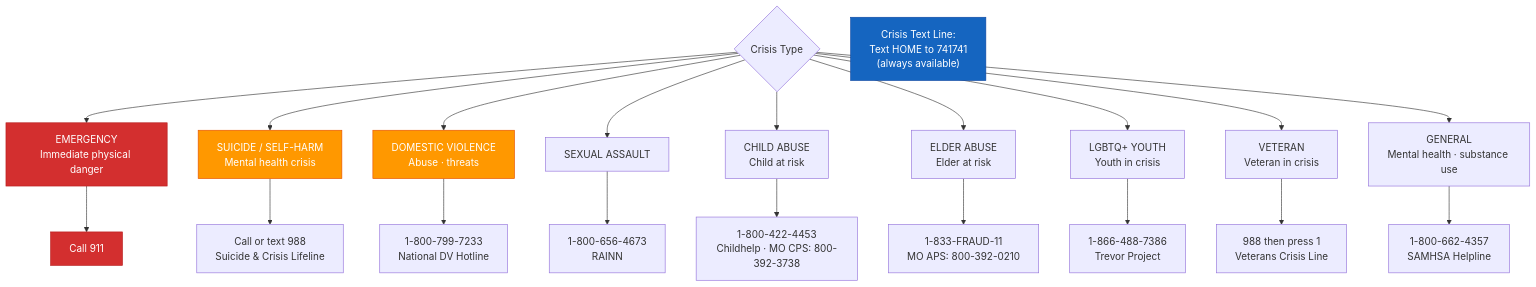
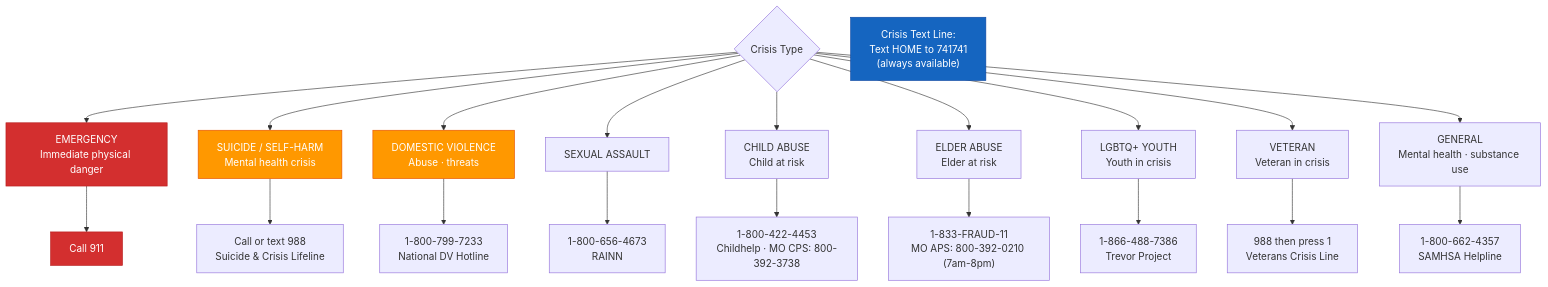
One commit to dougdevitre/access-to-peace changed the diagram in references/crisis-resources.md. Above: the diagram before and after it, drawn with Mermaid. The commit also changed other lines of this file and 21 other files, not shown here.

````diff
--- a/references/crisis-resources.md
+++ b/references/crisis-resources.md
@@ -5,32 +7,32 @@
 ```mermaid
 flowchart TD
     CRISIS{"Crisis Type"}
 
     CRISIS --> EMERGENCY["EMERGENCY\nImmediate physical danger"]
     CRISIS --> SUICIDE["SUICIDE / SELF-HARM\nMental health crisis"]
     CRISIS --> DV["DOMESTIC VIOLENCE\nAbuse · threats"]
     CRISIS --> SA["SEXUAL ASSAULT"]
     CRISIS --> CHILD["CHILD ABUSE\nChild at risk"]
     CRISIS --> ELDER["ELDER ABUSE\nElder at risk"]
     CRISIS --> YOUTH_Q["LGBTQ+ YOUTH\nYouth in crisis"]
     CRISIS --> VET["VETERAN\nVeteran in crisis"]
     CRISIS --> GENERAL["GENERAL\nMental health · substance use"]
 
     EMERGENCY --> E911["Call 911"]
     SUICIDE --> S988["Call or text 988\nSuicide & Crisis Lifeline"]
     DV --> DV_LINE["1-800-799-7233\nNational DV Hotline"]
     SA --> SA_LINE["1-800-656-4673\nRAINN"]
     CHILD --> CHILD_LINE["1-800-422-4453\nChildhelp · MO CPS: 800-392-3738"]
-    ELDER --> ELDER_LINE["1-833-FRAUD-11\nMO APS: 800-392-0210"]
+    ELDER --> ELDER_LINE["1-833-FRAUD-11\nMO APS: 800-392-0210 (7am-8pm)"]
     YOUTH_Q --> TREVOR["1-866-488-7386\nTrevor Project"]
     VET --> VET_LINE["988 then press 1\nVeterans Crisis Line"]
     GENERAL --> SAMHSA["1-800-662-4357\nSAMHSA Helpline"]
 
     TEXT["Crisis Text Line:\nText HOME to 741741\n(always available)"]
 
     style EMERGENCY fill:#d32f2f,stroke:#b71c1c,color:#fff
     style E911 fill:#d32f2f,stroke:#b71c1c,color:#fff
     style SUICIDE fill:#ff9800,stroke:#e65100,color:#fff
     style DV fill:#ff9800,stroke:#e65100,color:#fff
     style TEXT fill:#1565c0,stroke:#0d47a1,color:#fff
 ```
````
